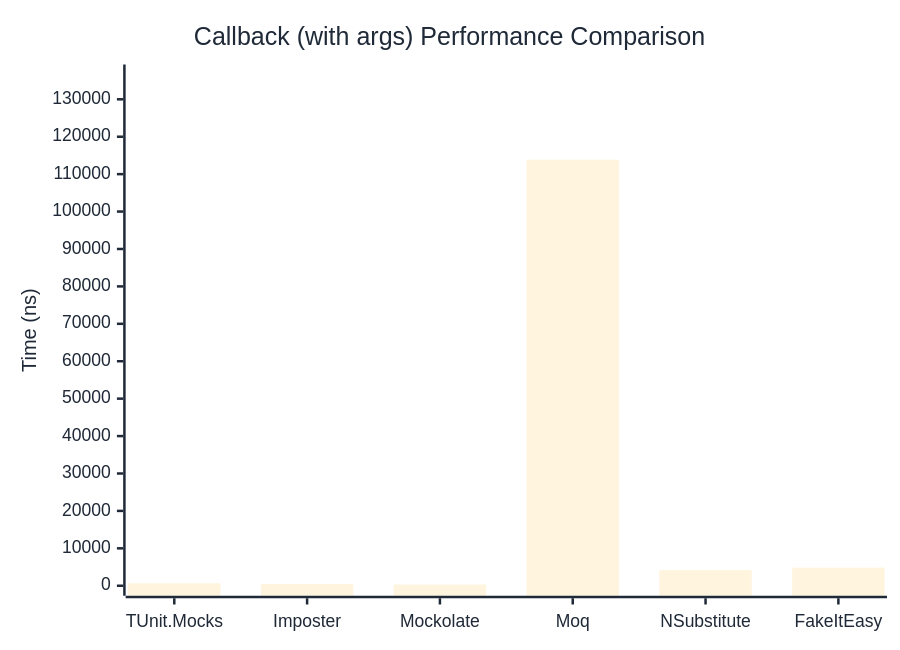
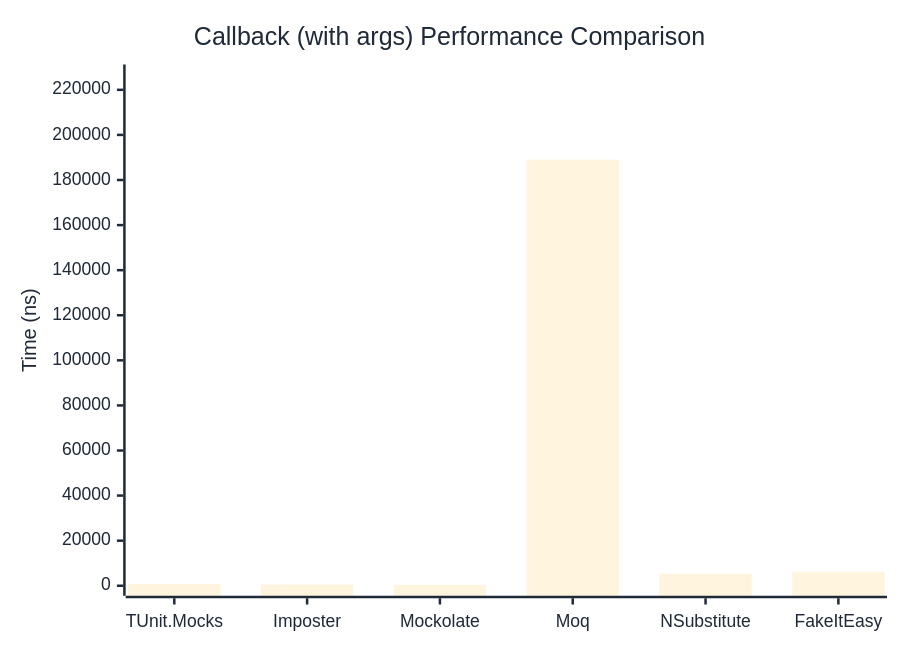
Before and after one commit to thomhurst/TUnit: the second of 2 diagrams in docs/docs/benchmarks/mocks/Callback.md, drawn with Mermaid. The commit also changed other lines of this file and 14 other files, not shown here.

````diff
--- a/docs/docs/benchmarks/mocks/Callback.md
+++ b/docs/docs/benchmarks/mocks/Callback.md
@@ -71,27 +71,27 @@
 ```mermaid
 %%{init: {
   'theme':'base',
   'themeVariables': {
     'primaryColor': '#2563eb',
     'primaryTextColor': '#1f2937',
     'primaryBorderColor': '#1e40af',
     'lineColor': '#6b7280',
     'secondaryColor': '#7c3aed',
     'tertiaryColor': '#dc2626',
     'background': '#ffffff',
     'pie1': '#2563eb',
     'pie2': '#7c3aed',
     'pie3': '#dc2626',
     'pie4': '#f59e0b',
     'pie5': '#10b981',
     'pie6': '#06b6d4',
     'pie7': '#ec4899',
     'pie8': '#6366f1'
   }
 }}%%
 xychart-beta
   title "Callback (with args) Performance Comparison"
   x-axis ["TUnit.Mocks", "Imposter", "Mockolate", "Moq", "NSubstitute", "FakeItEasy"]
-  y-axis "Time (ns)" 0 --> 136628
-  bar [658.5, 470.7, 321.4, 113856.5, 4167, 4851.8]
+  y-axis "Time (ns)" 0 --> 226805
+  bar [766.6, 520.8, 399.1, 189004, 5342.8, 6223.2]
 ```
````
